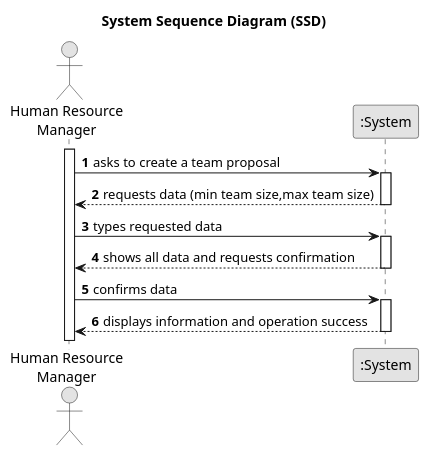
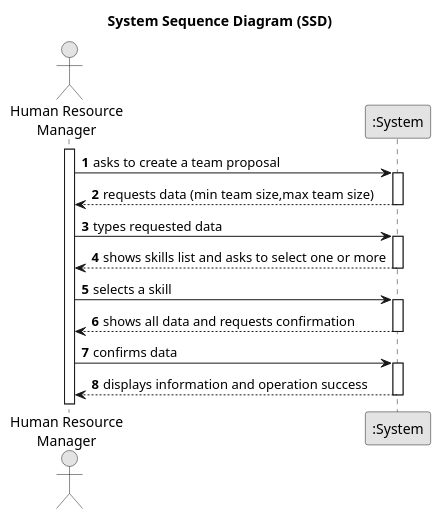
Before and after one commit to yusufyilmaz00/Integral-Project-ISEP: the diagram in docs/sprintA/us005/01.requirements-engineering/puml/us002-system-sequence-diagram.puml, drawn with PlantUML.

Commit message:
update file : data selecting part added

```diff
--- a/docs/sprintA/us005/01.requirements-engineering/puml/us002-system-sequence-diagram.puml
+++ b/docs/sprintA/us005/01.requirements-engineering/puml/us002-system-sequence-diagram.puml
@@ -1,33 +1,39 @@
 @startuml
 skinparam monochrome true
 skinparam packageStyle rectangle
 skinparam shadowing false
 
 title System Sequence Diagram (SSD)
 
 autonumber
 
 actor "Human Resource\nManager" as Manager
 participant ":System" as System
 
 activate Manager
 
     Manager -> System : asks to create a team proposal
     activate System
 
         System --> Manager : requests data (min team size,max team size)
     deactivate System
 
     Manager -> System : types requested data
     activate System
 
+    System --> Manager : shows skills list and asks to select one or more
+    deactivate System
+
+    Manager -> System : selects a skill
+        activate System
+
     System --> Manager : shows all data and requests confirmation
     deactivate System
 
     Manager -> System : confirms data
     activate System
 
         System --> Manager : displays information and operation success
     deactivate System
 
 @enduml
```
